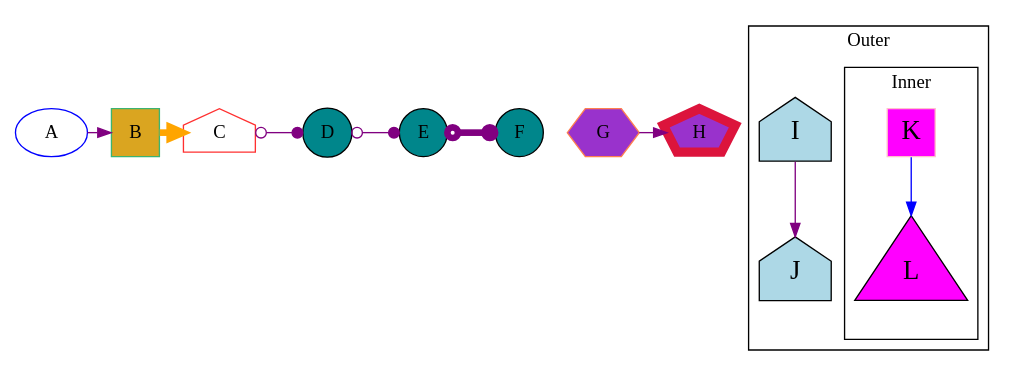
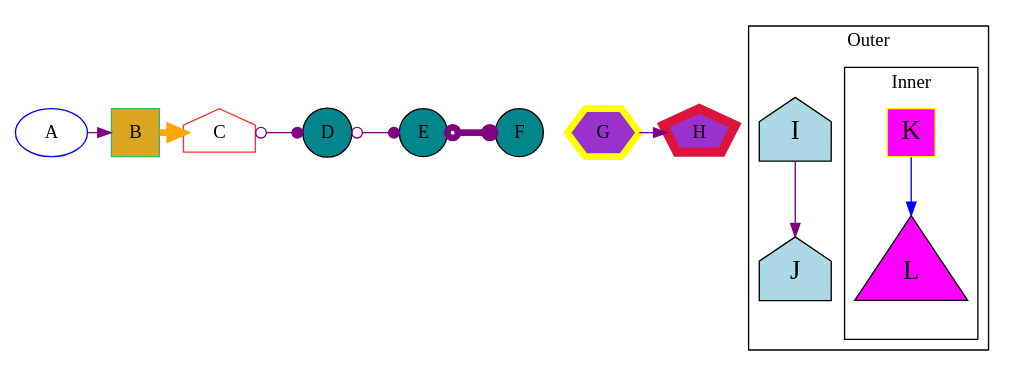
The diagram in data/55.gv (graphviz-perl/GraphViz2-Marpa), drawn with Graphviz before and after one commit. The commit also changed 3 other files, not shown here.

```diff
--- a/data/55.gv
+++ b/data/55.gv
@@ -1,46 +1,46 @@
 strict digraph graph_55
 {
 	A [color = blue]
 
 	node [shape = house]
 	edge [color = purple]
 
 	{
 		rank = same
 		C
 		node [fillcolor = goldenrod shape = circle style = filled]
 		A -> B
 		B [color = mediumseagreen]
 		C [color = firebrick1]
 		B -> C [color = orange penwidth = 5]
 		node [fillcolor = turquoise4]
 		C -> D -> E [arrowtail = odot arrowhead = dot dir = both minlen = 2]
 		E -> F [arrowtail = odot arrowhead = dot dir = both minlen = 2 penwidth = 5]
 		{
 			node [fillcolor = darkorchid shape = pentagon]
-			G [color = coral shape = hexagon]
+			G [color = yellow penwidth = 5 shape = hexagon]
 			H [color = crimson penwidth = 7]
 			G -> H
 		}
 	}
 
 	B [shape = square]
 
 	node [fillcolor = lightblue fontsize = 20 style = filled]
 
 	subgraph cluster_outer
 	{
 		label = Outer
 		I -> J
 
 		subgraph cluster_inner
 		{
 			label = Inner
 			node [fillcolor = magenta shape = triangle]
 			edge [color = blue]
-			K [color = pink shape = square]
+			K [color = yellow shape = square]
 			K -> L
 		}
 	}
 	graph [rankdir = TB]
 }
```
